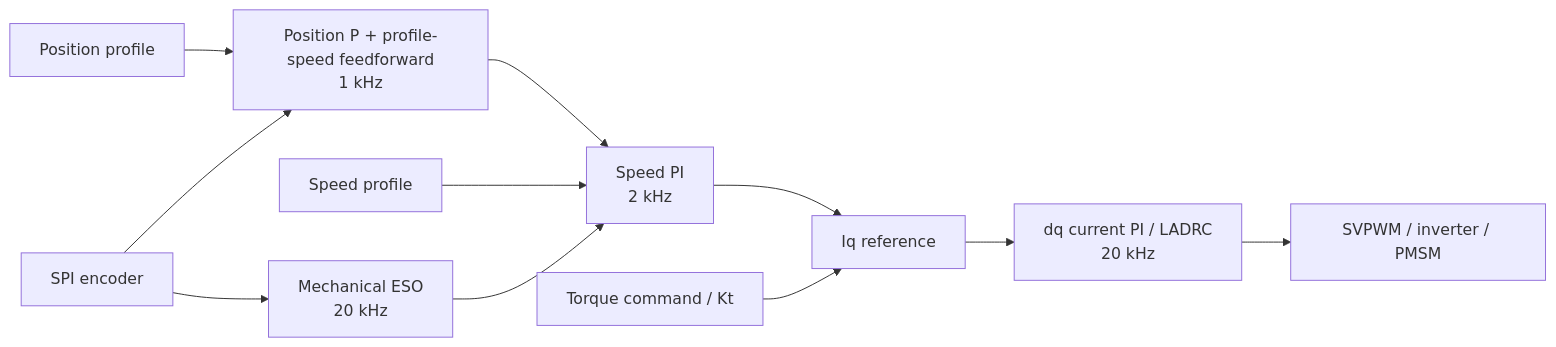
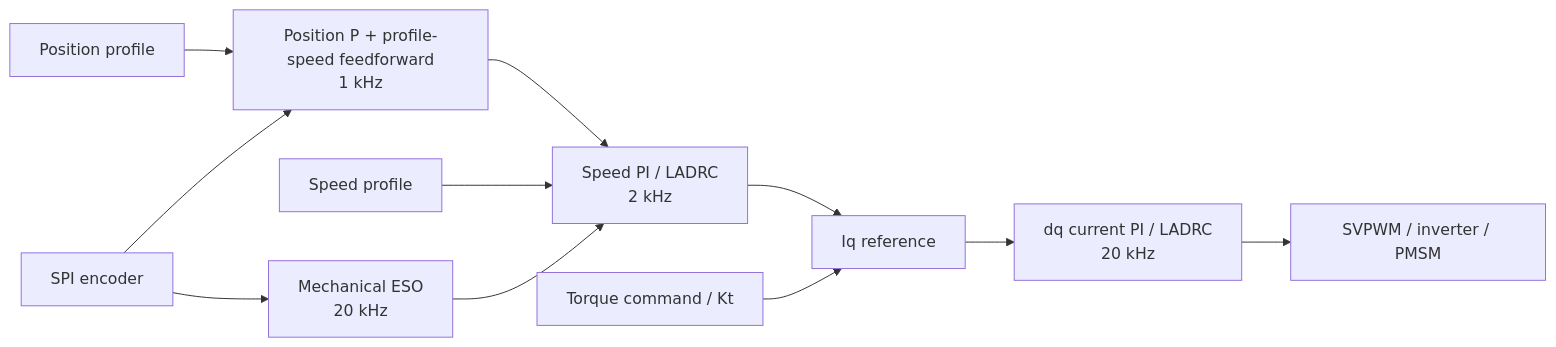
One commit to BJKJKZHOU/AxDr_L_Motor changed the diagram in docs/README.en.md. Above: the diagram before and after it, drawn with Mermaid. The commit also changed other lines of this file and 20 other files, not shown here.

First line of the commit message:
feat(motor): add selectable speed LADRC using mechanical ESO

```diff
--- a/docs/README.en.md
+++ b/docs/README.en.md
@@ -34,13 +34,13 @@
 ~~~mermaid
 flowchart LR
     P["Position profile"] --> PC["Position P + profile-speed feedforward<br/>1 kHz"]
     E["SPI encoder"] --> PC
     E --> ESO["Mechanical ESO<br/>20 kHz"]
-    PC --> SC["Speed PI<br/>2 kHz"]
+    PC --> SC["Speed PI / LADRC<br/>2 kHz"]
     S["Speed profile"] --> SC
     ESO --> SC
     SC --> IQ["Iq reference"]
     T["Torque command / Kt"] --> IQ
     IQ --> CC["dq current PI / LADRC<br/>20 kHz"]
     CC --> M["SVPWM / inverter / PMSM"]
 ~~~
```
